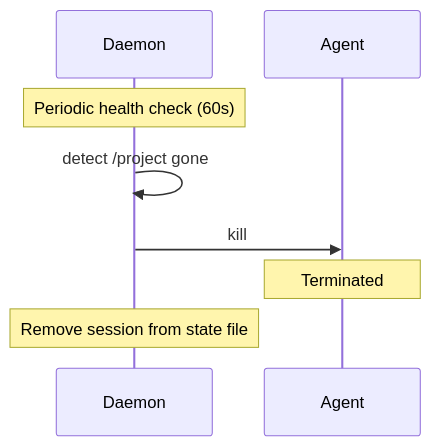
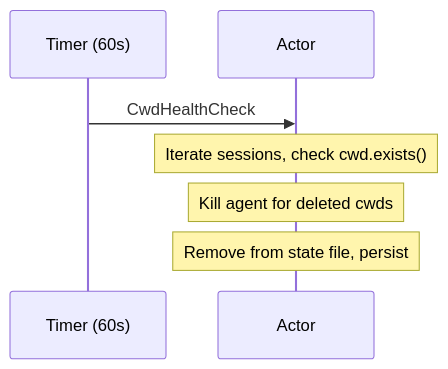
One commit to sparkle-ai-space/jamsession changed the eighth of 8 diagrams in md/design/sequence_diagrams.md. Above: the diagram before and after it, drawn with Mermaid. The commit also changed other lines of this file and 12 other files, not shown here.

````diff
--- a/md/design/sequence_diagrams.md
+++ b/md/design/sequence_diagrams.md
@@ -206,13 +223,10 @@
 ```mermaid
 sequenceDiagram
-    participant D as Daemon
-    participant A as Agent
+    participant T as Timer (60s)
+    participant A as Actor
 
-    Note over D: Periodic health check (60s)
-    D->>D: detect /project gone
-
-    D->>A: kill
-    Note over A: Terminated
-
-    Note over D: Remove session from state file
+    T->>A: CwdHealthCheck
+    Note over A: Iterate sessions, check cwd.exists()
+    Note over A: Kill agent for deleted cwds
+    Note over A: Remove from state file, persist
 ```
````
